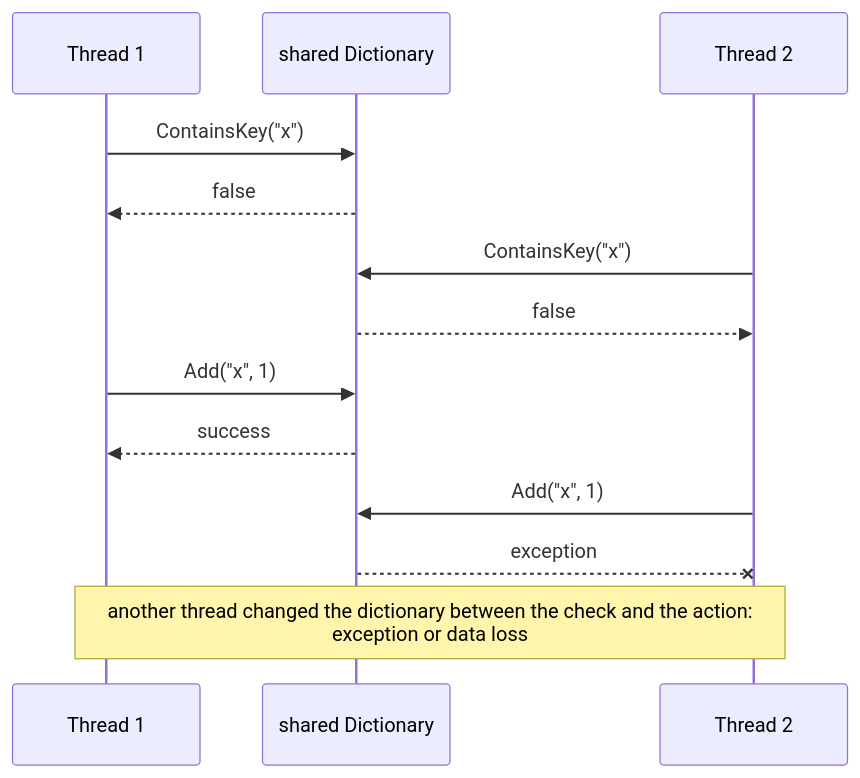
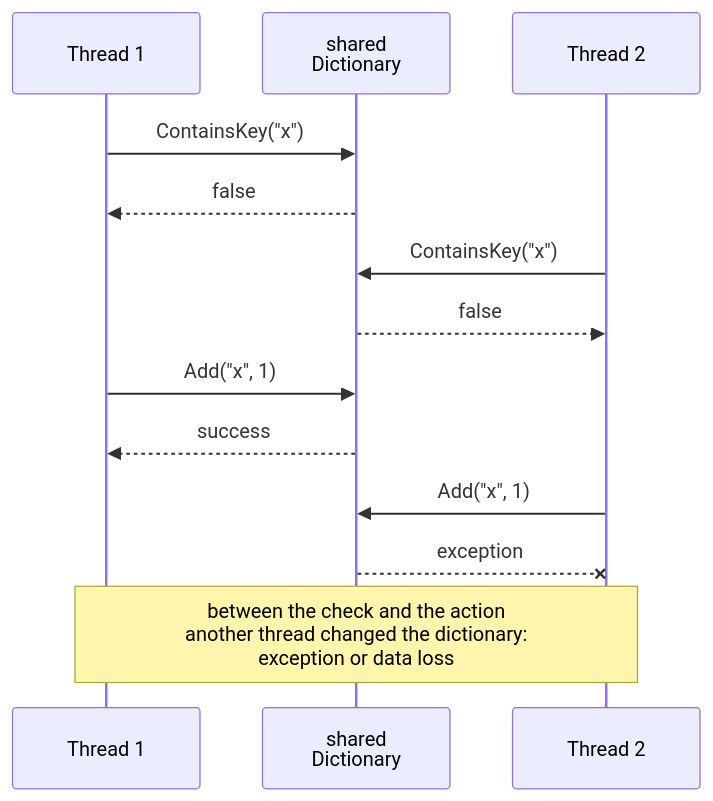
The first of 2 diagrams in src/courses/parallel/04-concurrent-collections/lock-free.md (musicvano/Blog), drawn with Mermaid before and after one commit. The commit also changed other lines of this file and 583 other files, not shown here.

````diff
--- a/src/courses/parallel/04-concurrent-collections/lock-free.md
+++ b/src/courses/parallel/04-concurrent-collections/lock-free.md
@@ -35,15 +35,15 @@
 ```mermaid
 sequenceDiagram
   participant P1 as Thread 1
-  participant D as shared Dictionary
+  participant D as shared<br>Dictionary
   participant P2 as Thread 2
   P1->>D: ContainsKey("x")
   D-->>P1: false
   P2->>D: ContainsKey("x")
   D-->>P2: false
   P1->>D: Add("x", 1)
   D-->>P1: success
   P2->>D: Add("x", 1)
   D--xP2: exception
-  Note over P1,P2: another thread changed the dictionary between the check and the action:<br>exception or data loss
+  Note over P1,P2: between the check and the action<br>another thread changed the dictionary:<br>exception or data loss
 ```
````
